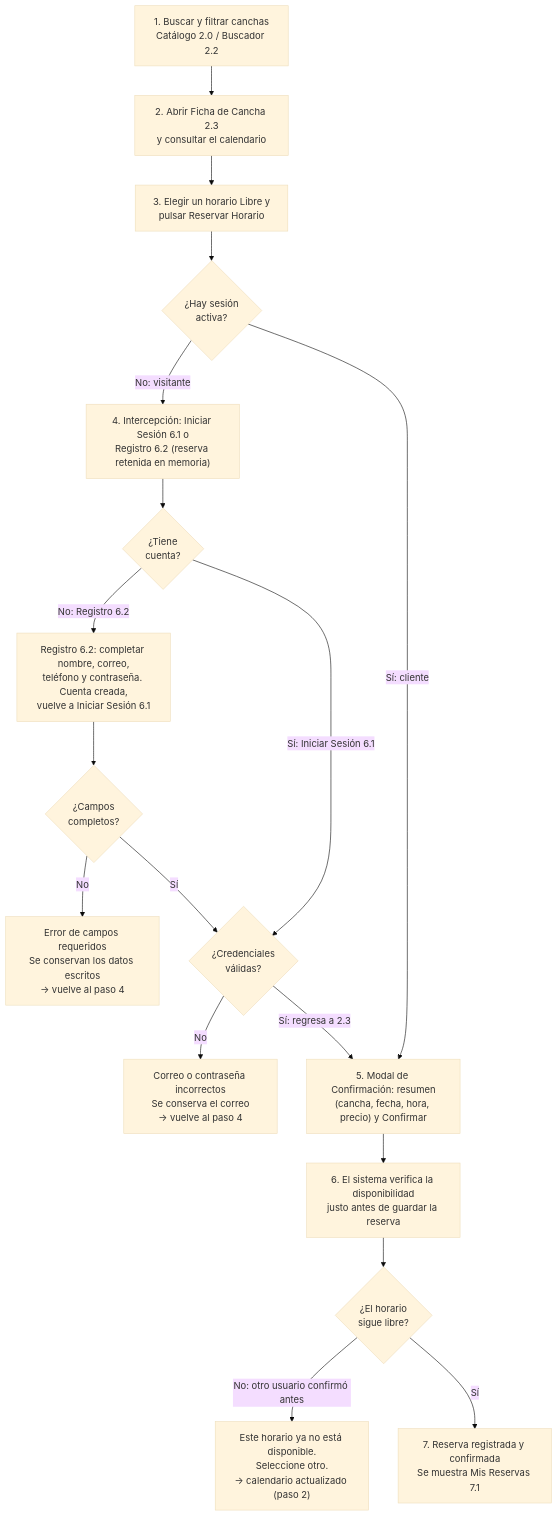
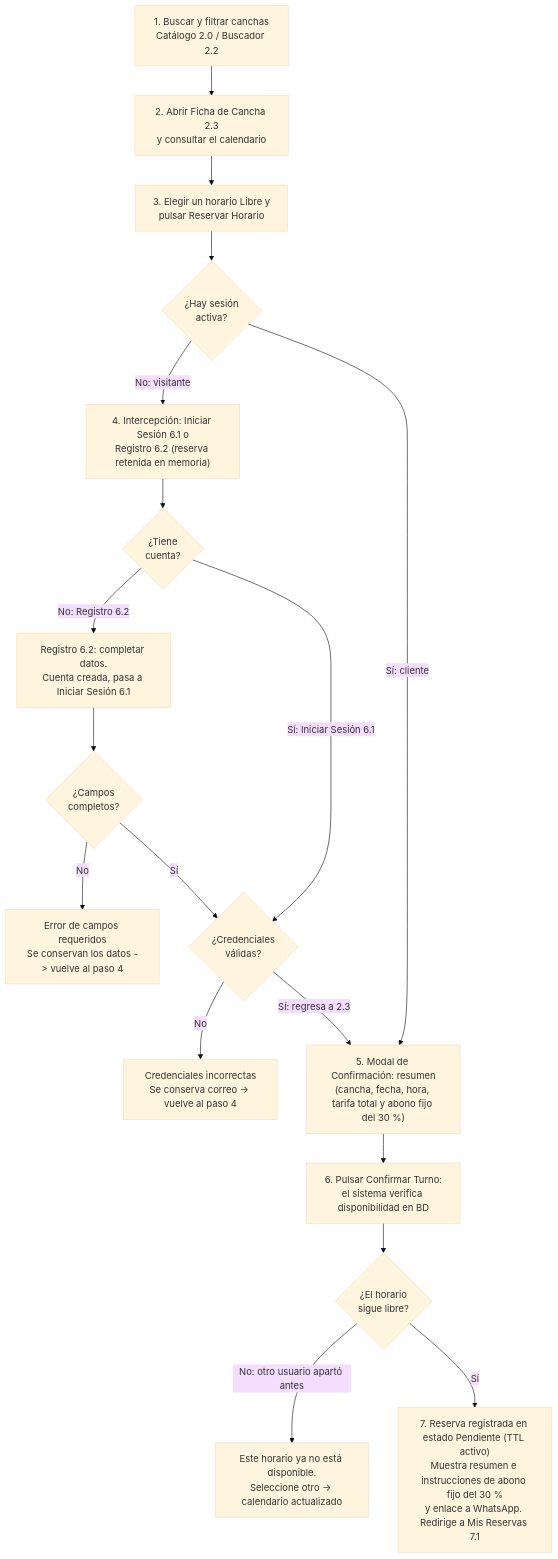
The seventh of 12 diagrams in README.md (WalterJoel18/Sw-para-reserva-de-canchas-e-instalaciones-deportivas), drawn with Mermaid (base theme) before and after one commit. The commit also changed other lines of this file, not shown here.

````diff
--- a/README.md
+++ b/README.md
@@ -982,26 +1043,26 @@
 ```mermaid
 flowchart TD
     P1["1. Buscar y filtrar canchas\nCatálogo 2.0 / Buscador 2.2"] --> P2["2. Abrir Ficha de Cancha 2.3\ny consultar el calendario"]
     P2 --> P3["3. Elegir un horario Libre y\npulsar Reservar Horario"]
     P3 --> D1{"¿Hay sesión\nactiva?"}
     
     D1 -->|No: visitante| P4["4. Intercepción: Iniciar Sesión 6.1 o\nRegistro 6.2 (reserva retenida en memoria)"]
-    D1 -->|Sí: cliente| P5["5. Modal de Confirmación: resumen\n(cancha, fecha, hora, precio) y Confirmar"]
+    D1 -->|Sí: cliente| P5["5. Modal de Confirmación: resumen\n(cancha, fecha, hora, tarifa total y abono fijo del 30 %)"]
     
     P4 --> D2{"¿Tiene\ncuenta?"}
-    D2 -->|No: Registro 6.2| P4a["Registro 6.2: completar nombre, correo,\nteléfono y contraseña. Cuenta creada,\nvuelve a Iniciar Sesión 6.1"]
+    D2 -->|No: Registro 6.2| P4a["Registro 6.2: completar datos.\nCuenta creada, pasa a Iniciar Sesión 6.1"]
     D2 -->|Sí: Iniciar Sesión 6.1| D3{"¿Credenciales\nválidas?"}
     
     P4a --> D4{"¿Campos\ncompletos?"}
-    D4 -->|No| E1["Error de campos requeridos\nSe conservan los datos escritos\n-> vuelve al paso 4"]
+    D4 -->|No| E1["Error de campos requeridos\nSe conservan los datos -> vuelve al paso 4"]
     D4 -->|Sí| D3
     
-    D3 -->|No| E2["Correo o contraseña incorrectos\nSe conserva el correo\n-> vuelve al paso 4"]
+    D3 -->|No| E2["Credenciales incorrectas\nSe conserva correo -> vuelve al paso 4"]
     D3 -->|Sí: regresa a 2.3| P5
     
-    P5 --> P6["6. El sistema verifica la disponibilidad\njusto antes de guardar la reserva"]
+    P5 --> P6["6. Pulsar Confirmar Turno:\nel sistema verifica disponibilidad en BD"]
     P6 --> D5{"¿El horario\nsigue libre?"}
     
-    D5 -->|No: otro usuario confirmó antes| E3["Este horario ya no está disponible.\nSeleccione otro.\n-> calendario actualizado (paso 2)"]
-    D5 -->|Sí| P7["7. Reserva registrada y confirmada\nSe muestra Mis Reservas 7.1"]
+    D5 -->|No: otro usuario apartó antes| E3["Este horario ya no está disponible.\nSeleccione otro -> calendario actualizado"]
+    D5 -->|Sí| P7["7. Reserva registrada en estado Pendiente (TTL activo)\nMuestra resumen e instrucciones de abono fijo del 30 %\ny enlace a WhatsApp. Redirige a Mis Reservas 7.1"]
 ```
````
